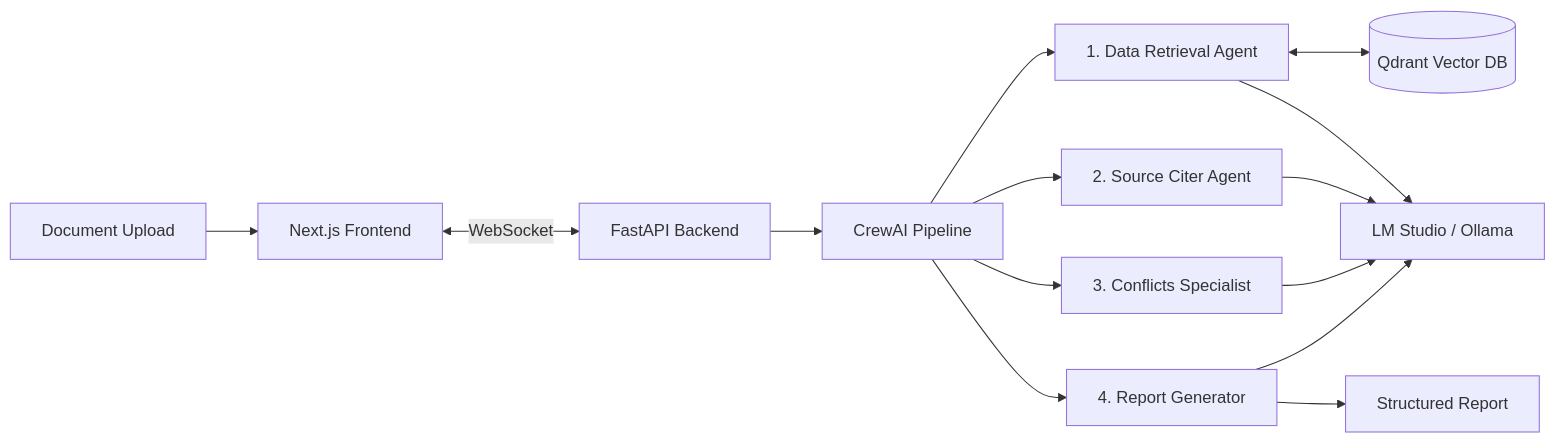
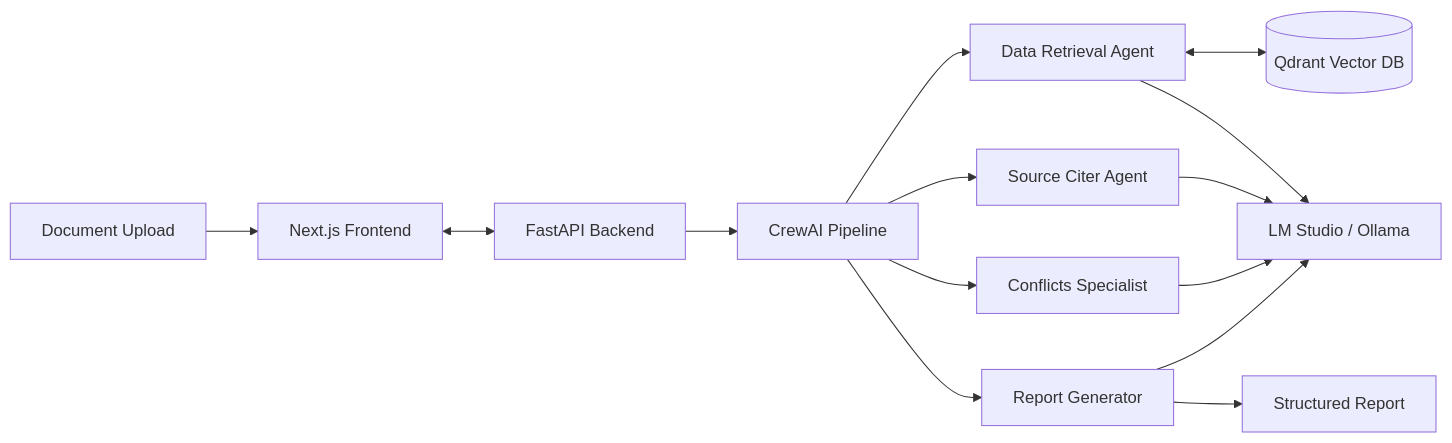
Before and after one commit to dawarazhar11/dawarazhar11: the third of 8 diagrams in README.md, drawn with Mermaid. The commit also changed other lines of this file, not shown here.

Commit message:
Fix Mermaid diagrams: quote labels, remove emojis, replace & joins

````diff
--- a/README.md
+++ b/README.md
@@ -189,13 +192,16 @@
 ```mermaid
 graph LR
-    A[Document Upload] --> B[Next.js Frontend]
-    B <-->|WebSocket| C[FastAPI Backend]
-    C --> D[CrewAI Pipeline]
-    D --> E[1. Data Retrieval Agent]
-    D --> F[2. Source Citer Agent]
-    D --> G[3. Conflicts Specialist]
-    D --> H[4. Report Generator]
-    E <--> I[(Qdrant Vector DB)]
-    E & F & G & H --> J[LM Studio / Ollama]
-    H --> K[Structured Report]
+    A["Document Upload"] --> B["Next.js Frontend"]
+    B <--> C["FastAPI Backend"]
+    C --> D["CrewAI Pipeline"]
+    D --> E["Data Retrieval Agent"]
+    D --> F["Source Citer Agent"]
+    D --> G["Conflicts Specialist"]
+    D --> H["Report Generator"]
+    E <--> I[("Qdrant Vector DB")]
+    E --> J["LM Studio / Ollama"]
+    F --> J
+    G --> J
+    H --> J
+    H --> K["Structured Report"]
 ```
````
